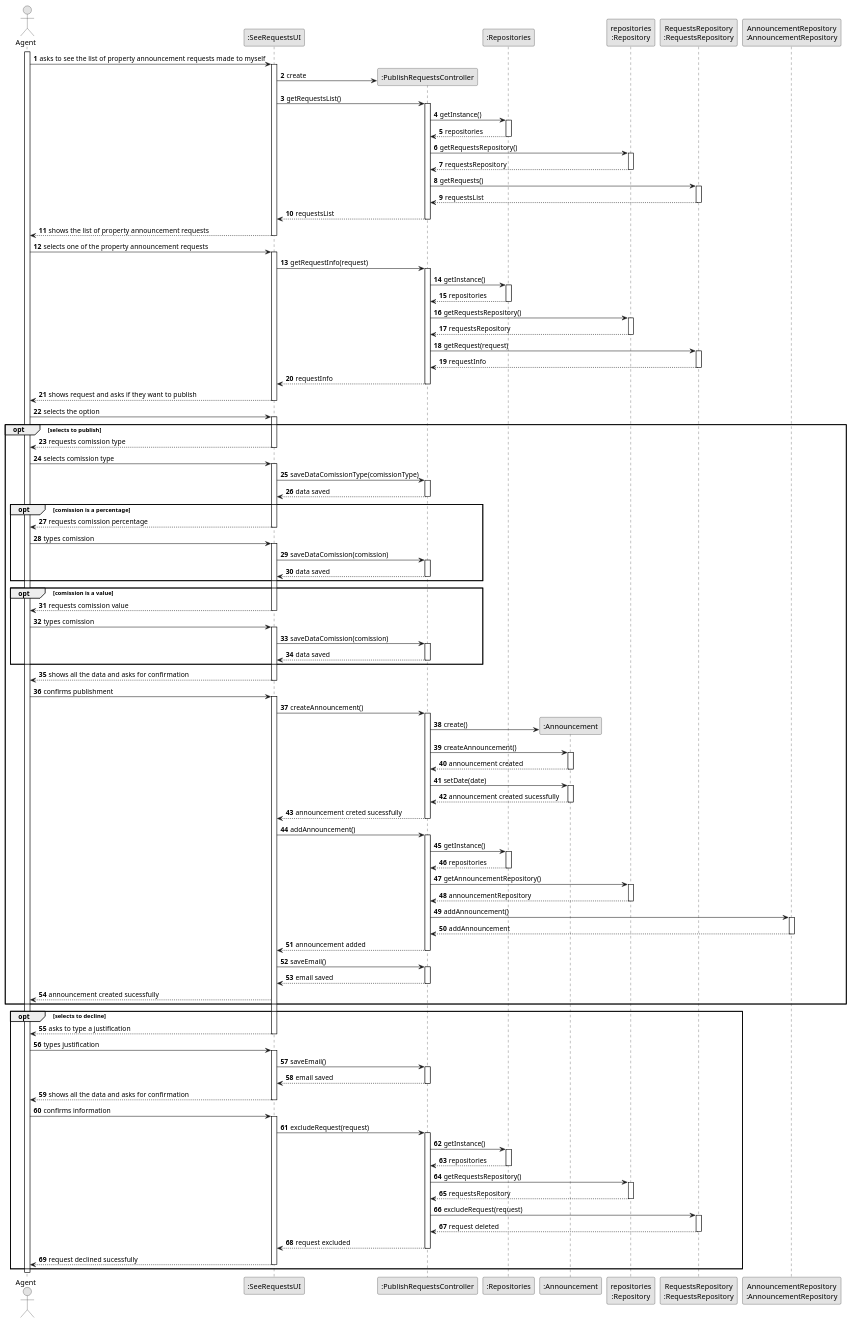
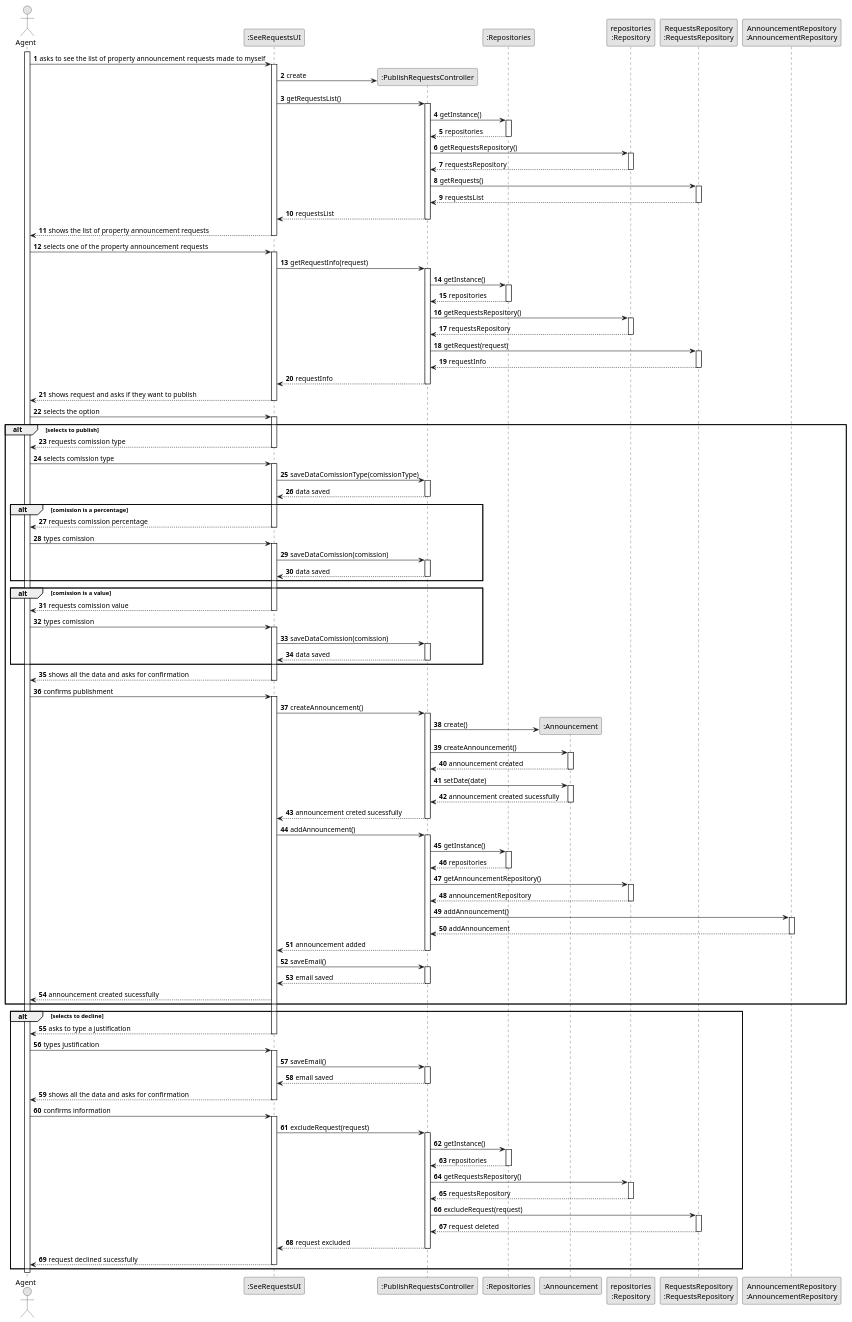
The diagram in docs/sprintC/us008/03.design/puml/us008-sequence-diagram-full.puml (1220812/LAPR2), drawn with PlantUML before and after one commit.

Commit message:
us8 sd fix

```diff
--- a/docs/sprintC/us008/03.design/puml/us008-sequence-diagram-full.puml
+++ b/docs/sprintC/us008/03.design/puml/us008-sequence-diagram-full.puml
@@ -78,7 +78,7 @@
     AGENT -> UI : selects the option
     activate UI
 
-    opt selects to publish
+    alt selects to publish
 
 
     UI --> AGENT : requests comission type
@@ -89,7 +89,7 @@
     activate CTRL
     CTRL --> UI : data saved
     deactivate CTRL
-    opt comission is a percentage
+    alt comission is a percentage
     UI --> AGENT : requests comission percentage
     deactivate UI
     AGENT -> UI : types comission
@@ -100,9 +100,9 @@
     deactivate CTRL
 
 
-    end opt
+    end alt
 
-    opt comission is a value
+    alt comission is a value
     UI --> AGENT : requests comission value
     deactivate UI
     AGENT -> UI : types comission
@@ -111,7 +111,7 @@
     activate CTRL
     CTRL --> UI : data saved
     deactivate CTRL
-    end opt
+    end alt
     UI --> AGENT : shows all the data and asks for confirmation
     deactivate UI
     AGENT -> UI : confirms publishment
@@ -161,9 +161,9 @@
 
 
 
-    end opt
+    end alt
 
-    opt selects to decline
+    alt selects to decline
 
     UI --> AGENT : asks to type a justification
     deactivate UI
@@ -202,7 +202,7 @@
             deactivate CTRL
             UI --> AGENT : request declined sucessfully
             deactivate UI
-    end opt
+    end alt
 
 
 
```
